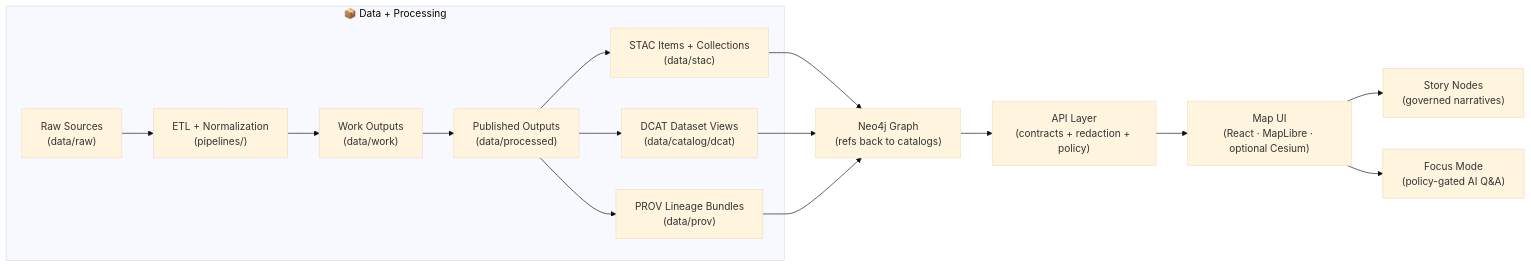
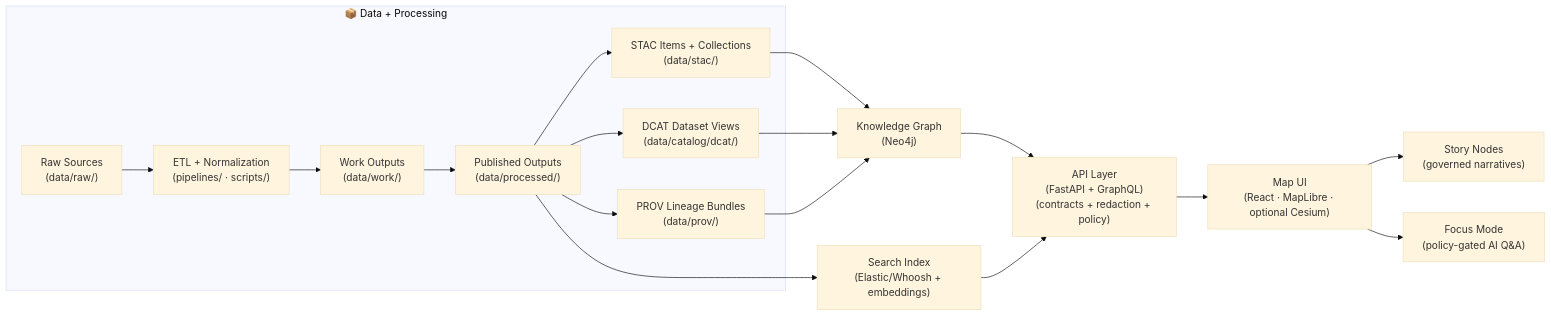
Before and after one commit to bartytime4life/Kansas-Frontier-Matrix: the first of 2 diagrams in README.md, drawn with Mermaid (base theme). The commit also changed other lines of this file, not shown here.

````diff
--- a/README.md
+++ b/README.md
@@ -147,20 +130,23 @@
 ```mermaid
 flowchart LR
   subgraph Data["📦 Data + Processing"]
-    A["Raw Sources<br/>(data/raw)"] --> B["ETL + Normalization<br/>(pipelines/)"]
-    B --> W["Work Outputs<br/>(data/work)"]
-    W --> P["Published Outputs<br/>(data/processed)"]
-    P --> C["STAC Items + Collections<br/>(data/stac)"]
-    P --> D["DCAT Dataset Views<br/>(data/catalog/dcat)"]
-    P --> E["PROV Lineage Bundles<br/>(data/prov)"]
+    A["Raw Sources<br/>(data/raw/)"] --> B["ETL + Normalization<br/>(pipelines/ · scripts/)"]
+    B --> W["Work Outputs<br/>(data/work/)"]
+    W --> P["Published Outputs<br/>(data/processed/)"]
+    P --> C["STAC Items + Collections<br/>(data/stac/)"]
+    P --> D["DCAT Dataset Views<br/>(data/catalog/dcat/)"]
+    P --> E["PROV Lineage Bundles<br/>(data/prov/)"]
   end
 
-  C --> G["Neo4j Graph<br/>(refs back to catalogs)"]
+  C --> G["Knowledge Graph<br/>(Neo4j)"]
   D --> G
   E --> G
 
-  G --> H["API Layer<br/>(contracts + redaction + policy)"]
+  P --> S["Search Index<br/>(Elastic/Whoosh + embeddings)"]
+
+  G --> H["API Layer<br/>(FastAPI + GraphQL)<br/>(contracts + redaction + policy)"]
+  S --> H
   H --> I["Map UI<br/>(React · MapLibre · optional Cesium)"]
   I --> J["Story Nodes<br/>(governed narratives)"]
   I --> K["Focus Mode<br/>(policy-gated AI Q&A)"]
 ```
````
